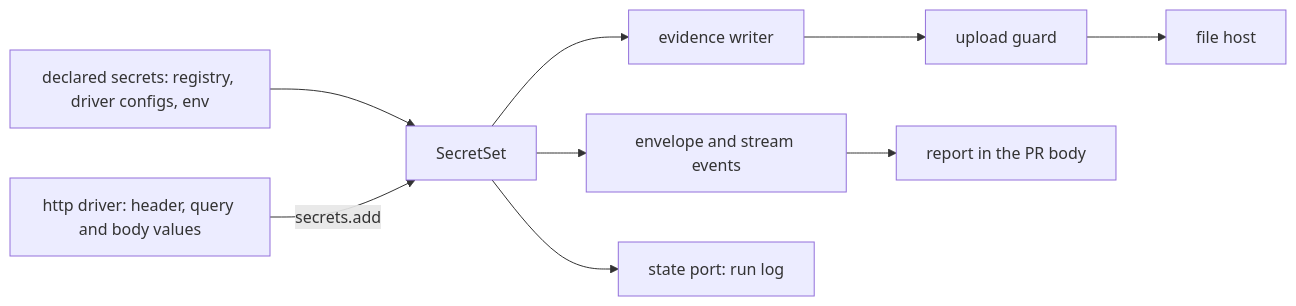
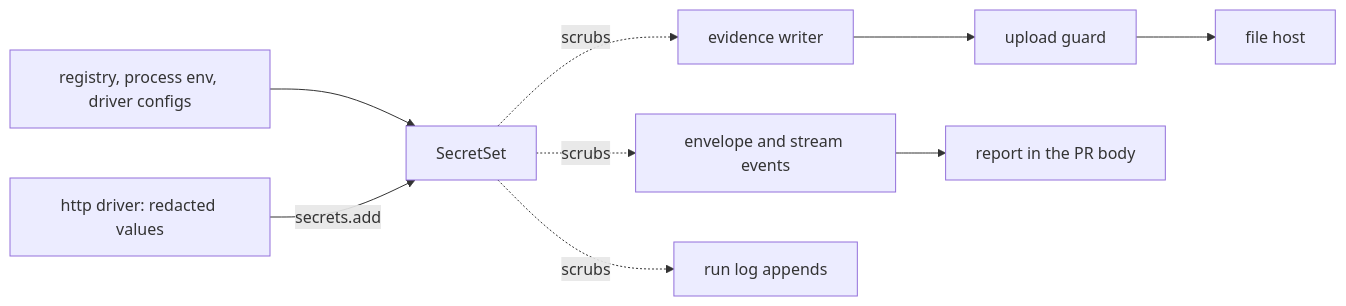
The diagram in docs/design/redaction.md (zgeoff/wringer), drawn with Mermaid before and after one commit. The commit also changed other lines of this file and 2 other files, not shown here.

````diff
--- a/docs/design/redaction.md
+++ b/docs/design/redaction.md
@@ -13,11 +13,11 @@
 ```mermaid
 flowchart LR
-  decl["declared secrets: registry, driver configs, env"] --> set[SecretSet]
-  http["http driver: header, query and body values"] -->|"secrets.add"| set
-  set --> writer[evidence writer]
-  set --> env[envelope and stream events]
-  set --> log[state port: run log]
+  sources["registry, process env, driver configs"] --> set[SecretSet]
+  http["http driver: redacted values"] -->|"secrets.add"| set
+  set -.->|scrubs| writer[evidence writer]
+  set -.->|scrubs| envelope[envelope and stream events]
+  set -.->|scrubs| log[run log appends]
   writer --> guard[upload guard]
-  env --> report[report in the PR body]
+  envelope --> report[report in the PR body]
   guard --> host[file host]
 ```
````
